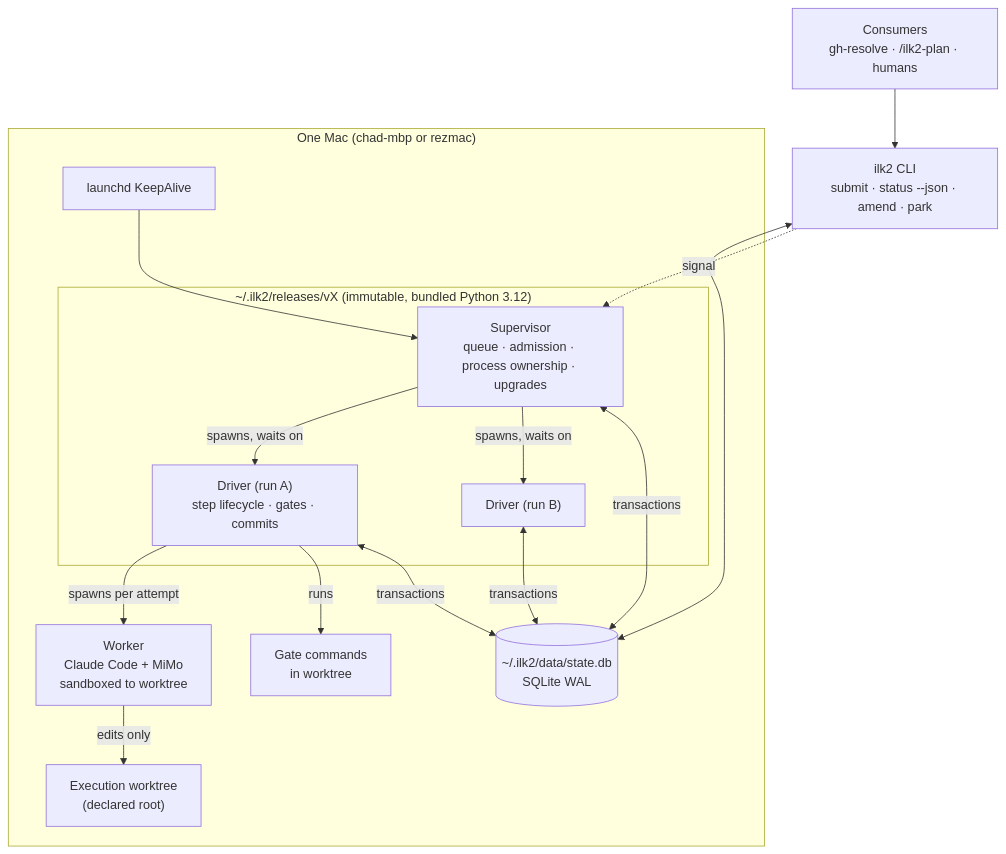
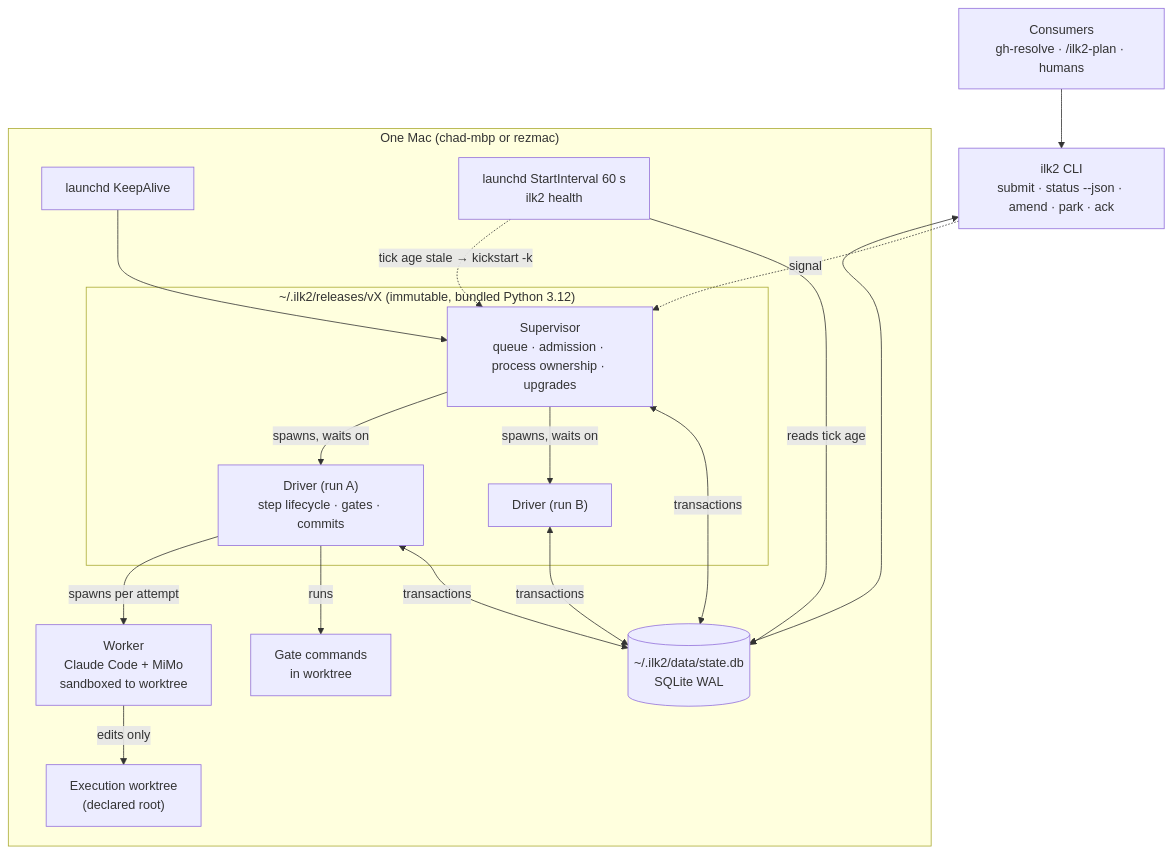
One commit to inluck-net/ilk2 changed the first of 3 diagrams in docs/02-architecture.md. Above: the diagram before and after it, drawn with Mermaid. The commit also changed other lines of this file and 6 other files, not shown here.

````diff
--- a/docs/02-architecture.md
+++ b/docs/02-architecture.md
@@ -25,23 +26,25 @@
 ```mermaid
 flowchart TB
   subgraph Host["One Mac (chad-mbp or rezmac)"]
     LD[launchd KeepAlive] --> SUP
+    HLT["launchd StartInterval 60 s<br/>ilk2 health"] -. tick age stale → kickstart -k .-> SUP
     subgraph REL["~/.ilk2/releases/vX (immutable, bundled Python 3.12)"]
       SUP["Supervisor<br/>queue · admission · process ownership · upgrades"]
       DRV1["Driver (run A)<br/>step lifecycle · gates · commits"]
       DRV2["Driver (run B)"]
     end
     DB[("~/.ilk2/data/state.db<br/>SQLite WAL")]
     SUP -- spawns, waits on --> DRV1
     SUP -- spawns, waits on --> DRV2
     DRV1 -- spawns per attempt --> W1["Worker<br/>Claude Code + MiMo<br/>sandboxed to worktree"]
     DRV1 -- runs --> G1["Gate commands<br/>in worktree"]
     SUP <-- transactions --> DB
     DRV1 <-- transactions --> DB
     DRV2 <-- transactions --> DB
+    HLT -- reads tick age --> DB
     W1 -- edits only --> WT1["Execution worktree<br/>(declared root)"]
   end
-  CLI["ilk2 CLI<br/>submit · status --json · amend · park"] <--> DB
+  CLI["ilk2 CLI<br/>submit · status --json · amend · park · ack"] <--> DB
   CLI -. signal .-> SUP
   CONS["Consumers<br/>gh-resolve · /ilk2-plan · humans"] --> CLI
 ```
````
